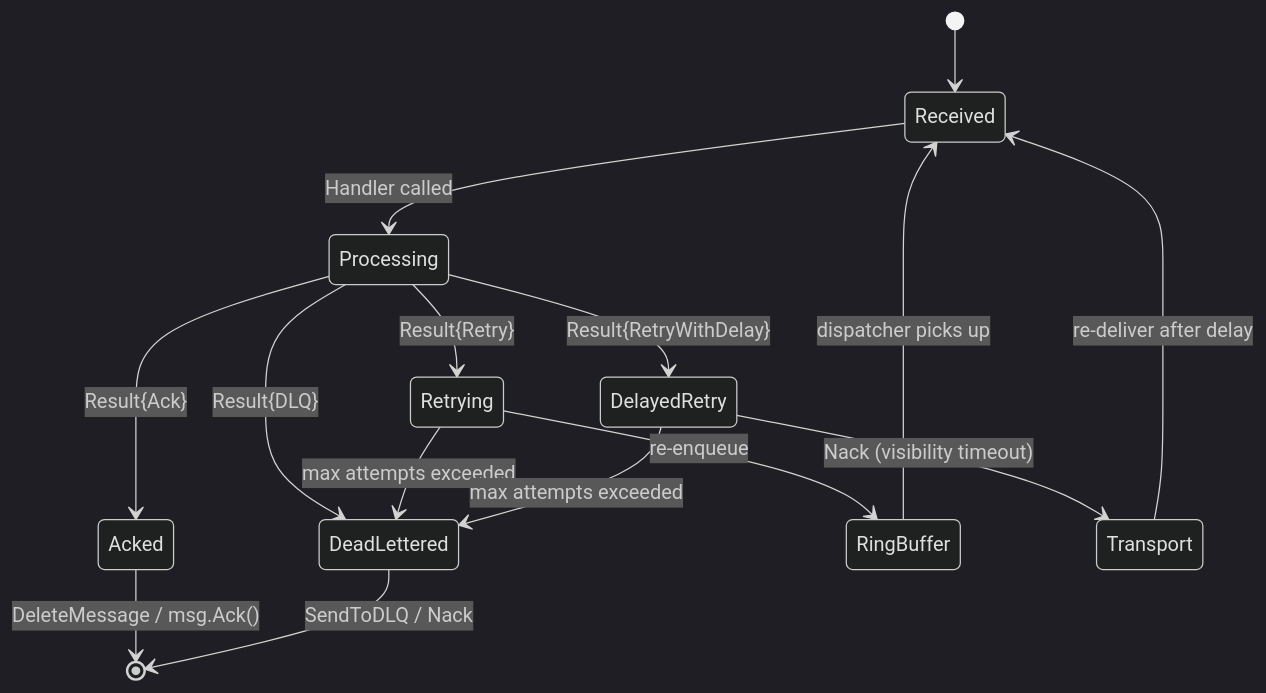
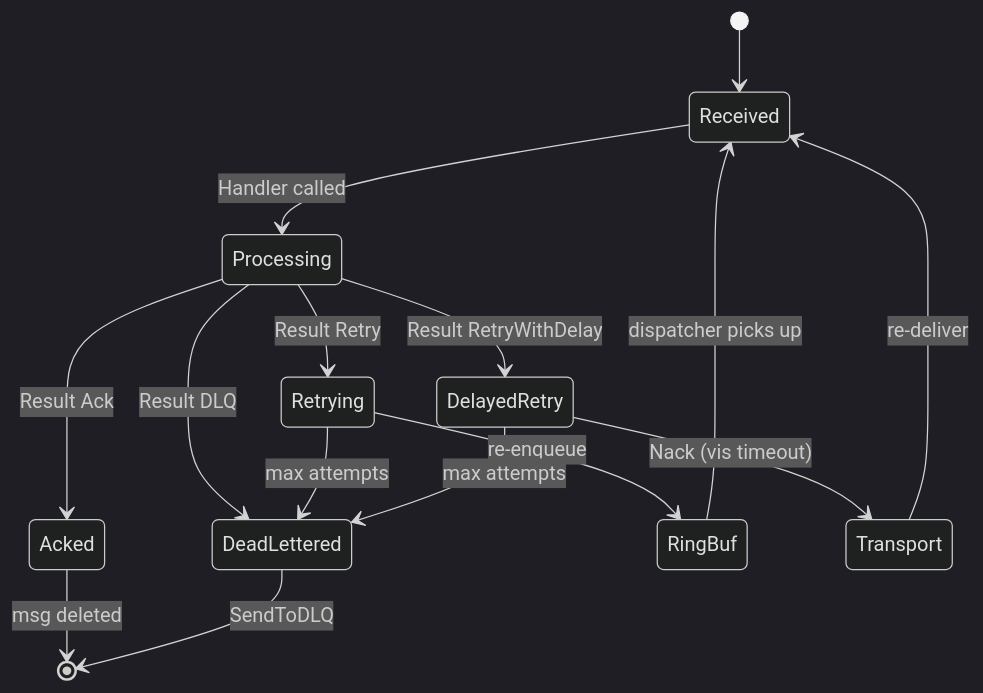
The third of 4 diagrams in docs/architecture.md (vianhanif/go-task-orbit), drawn with Mermaid (dark theme) before and after one commit. The commit also changed other lines of this file and 1 other file, not shown here.

First line of the commit message:
docs: use Mermaid code blocks in architecture.md + dark SVG reference

````diff
--- a/docs/architecture.md
+++ b/docs/architecture.md
@@ -44,17 +44,17 @@
 ```mermaid
 stateDiagram-v2
     [*] --> Received
     Received --> Processing: Handler called
-    Processing --> Acked: Result{Ack}
-    Processing --> Retrying: Result{Retry}
-    Processing --> DelayedRetry: Result{RetryWithDelay}
-    Processing --> DeadLettered: Result{DLQ}
-    Retrying --> RingBuffer: re-enqueue
-    DelayedRetry --> Transport: Nack (visibility timeout)
-    Transport --> Received: re-deliver after delay
-    RingBuffer --> Received: dispatcher picks up
-    Retrying --> DeadLettered: max attempts exceeded
-    DelayedRetry --> DeadLettered: max attempts exceeded
-    Acked --> [*]: DeleteMessage / msg.Ack()
-    DeadLettered --> [*]: SendToDLQ / Nack
+    Processing --> Acked: Result Ack
+    Processing --> Retrying: Result Retry
+    Processing --> DelayedRetry: Result RetryWithDelay
+    Processing --> DeadLettered: Result DLQ
+    Retrying --> RingBuf: re-enqueue
+    DelayedRetry --> Transport: Nack (vis timeout)
+    Transport --> Received: re-deliver
+    RingBuf --> Received: dispatcher picks up
+    Retrying --> DeadLettered: max attempts
+    DelayedRetry --> DeadLettered: max attempts
+    Acked --> [*]: msg deleted
+    DeadLettered --> [*]: SendToDLQ
 ```
````
